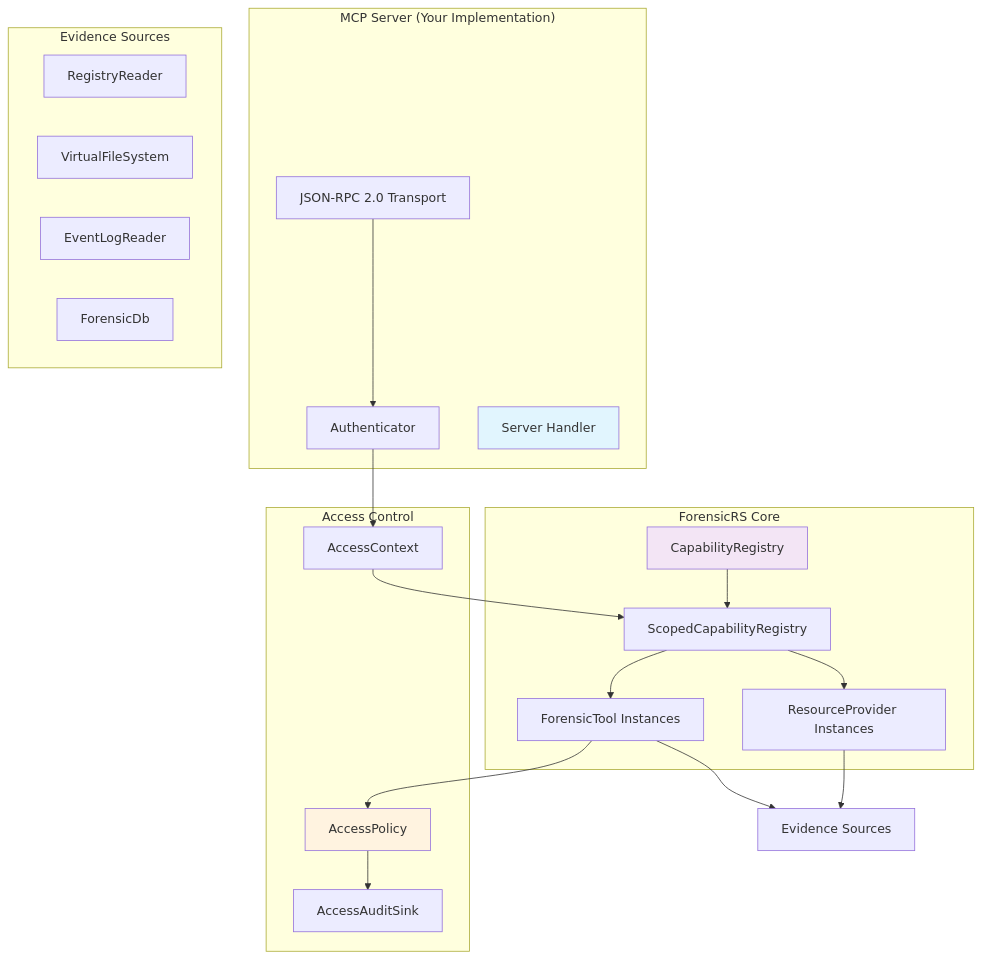
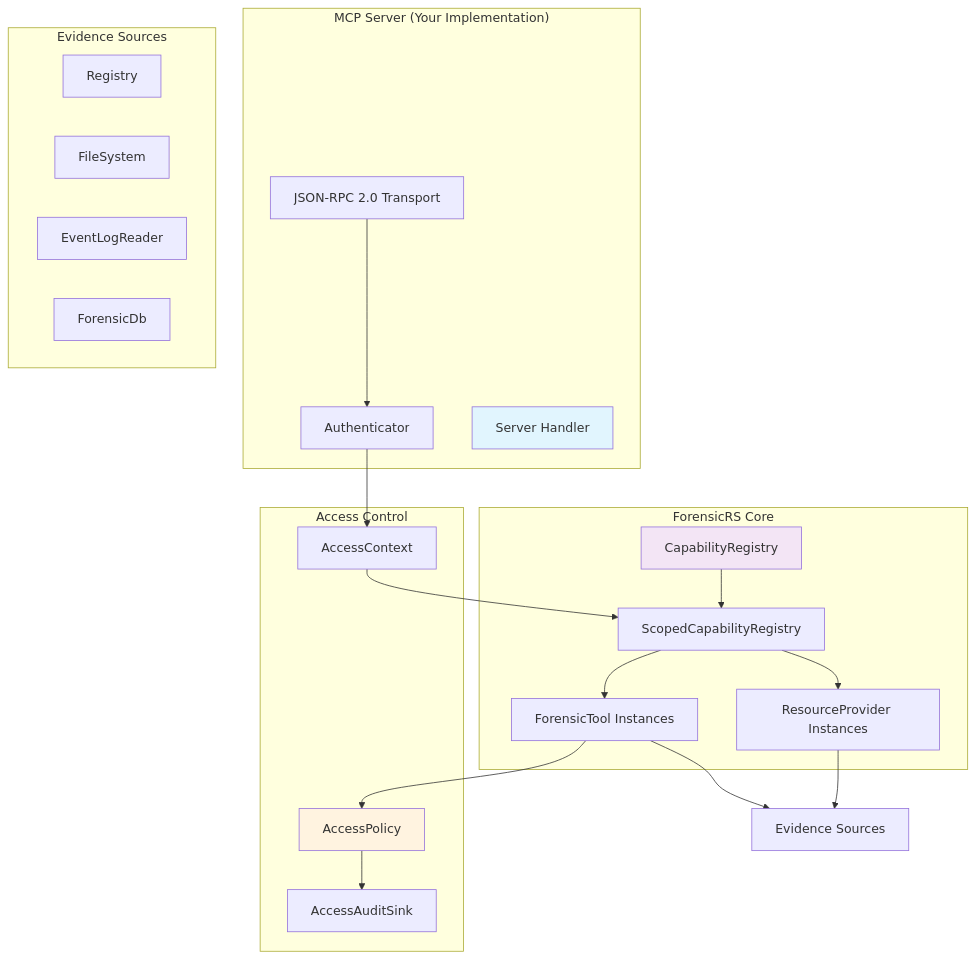
The first of 2 diagrams in docs/mcp-server-guide/02_architecture.md (ForensicRS/forensic-rs), drawn with Mermaid before and after one commit. The commit also changed other lines of this file and 115 other files, not shown here.

````diff
--- a/docs/mcp-server-guide/02_architecture.md
+++ b/docs/mcp-server-guide/02_architecture.md
@@ -7,43 +7,43 @@
 ```mermaid
 flowchart TB
     subgraph "MCP Server (Your Implementation)"
         Transport[JSON-RPC 2.0 Transport]
         Auth[Authenticator]
         Server[Server Handler]
     end
 
     subgraph "ForensicRS Core"
         Registry[CapabilityRegistry]
         Scoped[ScopedCapabilityRegistry]
         Tools[ForensicTool Instances]
         Resources[ResourceProvider Instances]
     end
 
     subgraph "Access Control"
         Policy[AccessPolicy]
         Audit[AccessAuditSink]
         Context[AccessContext]
     end
 
     subgraph "Evidence Sources"
-        RegistryReader[RegistryReader]
-        VFS[VirtualFileSystem]
+        RegistrySource[Registry]
+        FileSystemSource[FileSystem]
         EventLog[EventLogReader]
         Database[ForensicDb]
     end
 
     Transport --> Auth
     Auth --> Context
     Context --> Scoped
     Registry --> Scoped
     Scoped --> Tools
     Scoped --> Resources
     Tools --> Policy
     Policy --> Audit
     Tools --> Sources1[Evidence Sources]
     Resources --> Sources1
 
     style Server fill:#e1f5fe
     style Registry fill:#f3e5f5
     style Policy fill:#fff3e0
 ```
````
